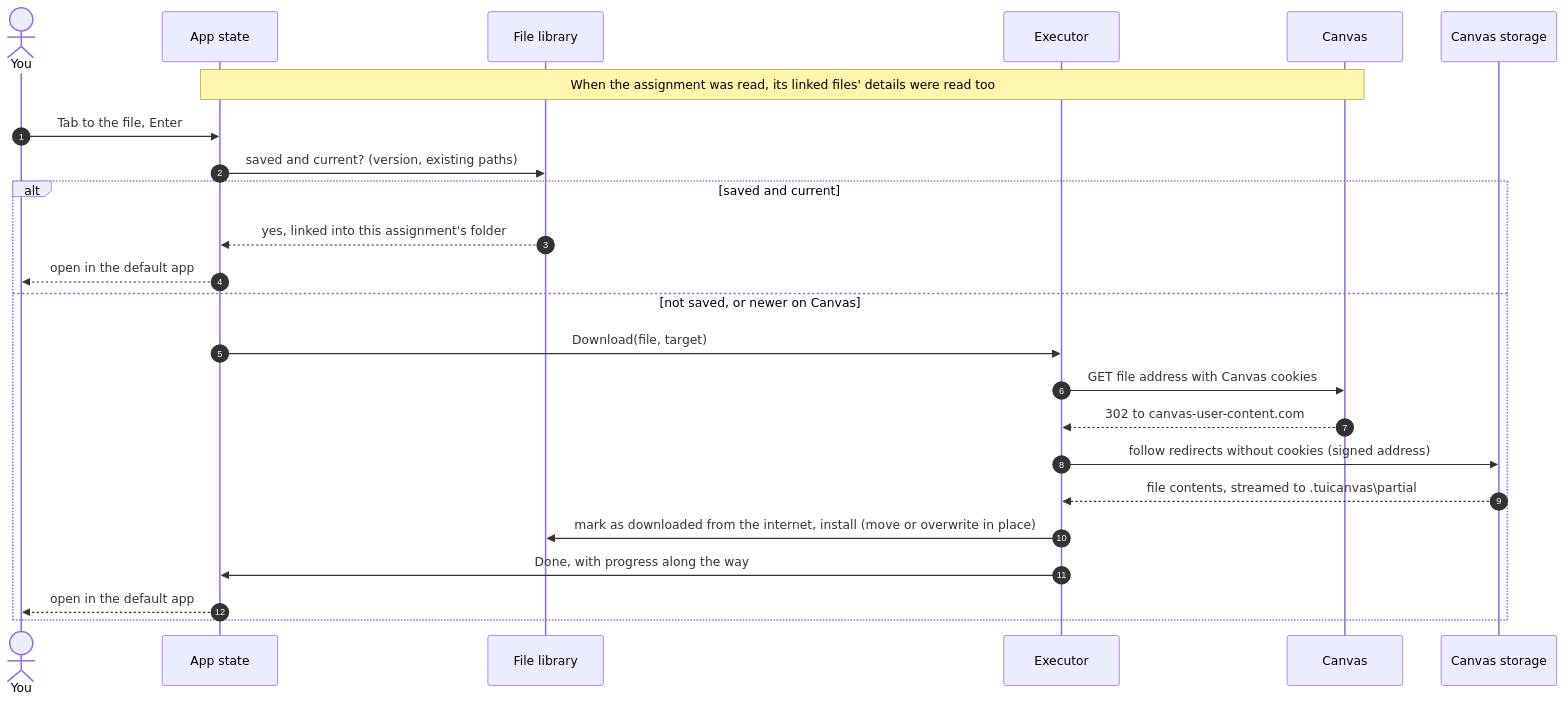
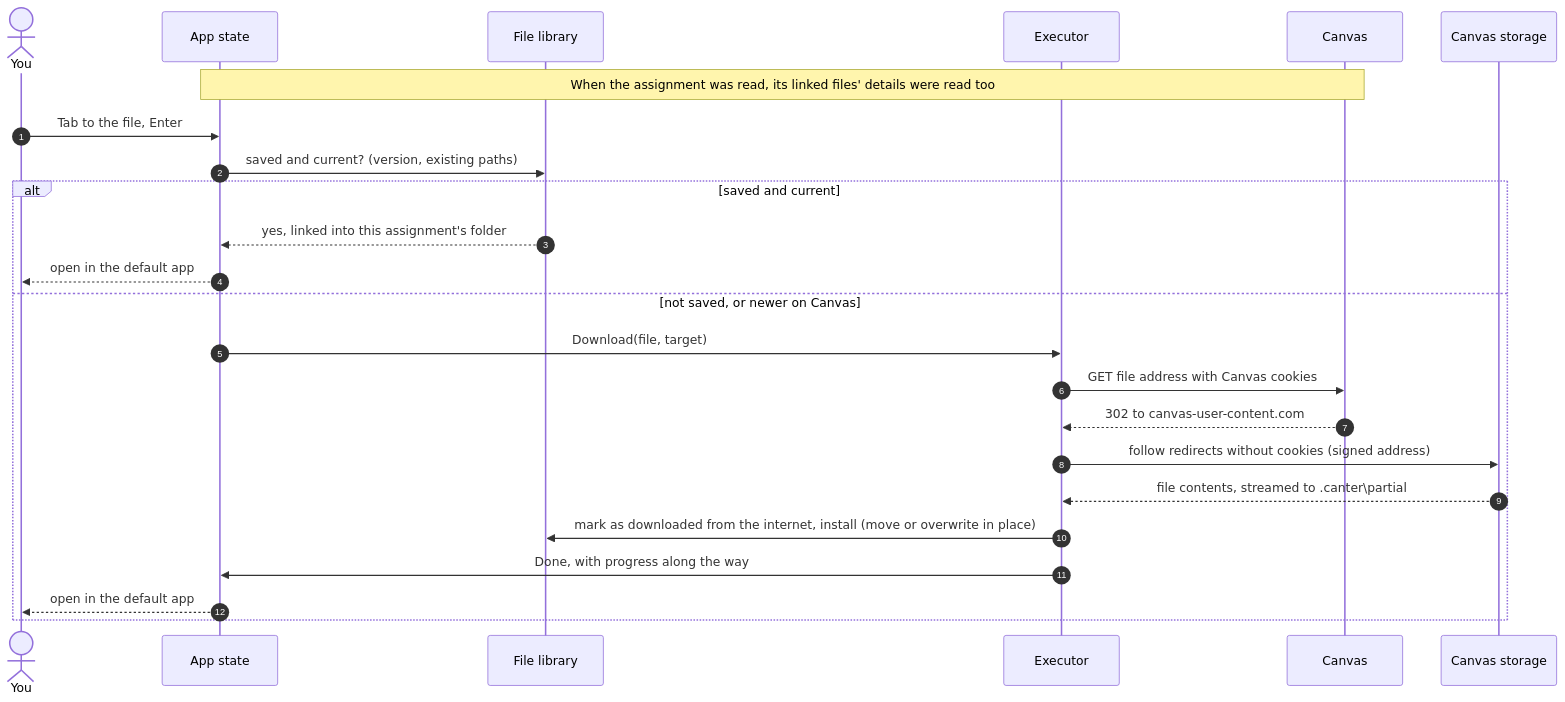
One commit to taherakolawala/canter changed the seventh of 7 diagrams in docs/architecture.md. Above: the diagram before and after it, drawn with Mermaid. The commit also changed other lines of this file and 34 other files, not shown here.

First line of the commit message:
Rename the program from TUICanvas to canter

````diff
--- a/docs/architecture.md
+++ b/docs/architecture.md
@@ -266,26 +266,26 @@
 ```mermaid
 sequenceDiagram
     autonumber
     actor You
     participant App as App state
     participant Lib as File library
     participant Ex as Executor
     participant API as Canvas
     participant S as Canvas storage
     Note over App,API: When the assignment was read, its linked files' details were read too
     You->>App: Tab to the file, Enter
     App->>Lib: saved and current? (version, existing paths)
     alt saved and current
         Lib-->>App: yes, linked into this assignment's folder
         App-->>You: open in the default app
     else not saved, or newer on Canvas
         App->>Ex: Download(file, target)
         Ex->>API: GET file address with Canvas cookies
         API-->>Ex: 302 to canvas-user-content.com
         Ex->>S: follow redirects without cookies (signed address)
-        S-->>Ex: file contents, streamed to .tuicanvas\partial
+        S-->>Ex: file contents, streamed to .canter\partial
         Ex->>Lib: mark as downloaded from the internet, install (move or overwrite in place)
         Ex->>App: Done, with progress along the way
         App-->>You: open in the default app
     end
 ```
````
